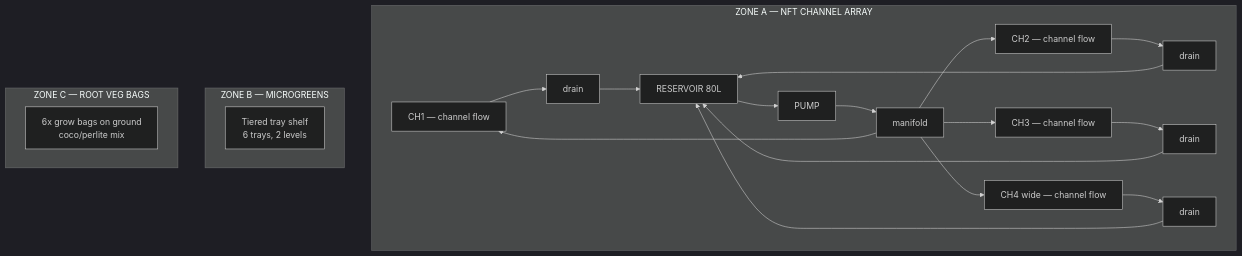
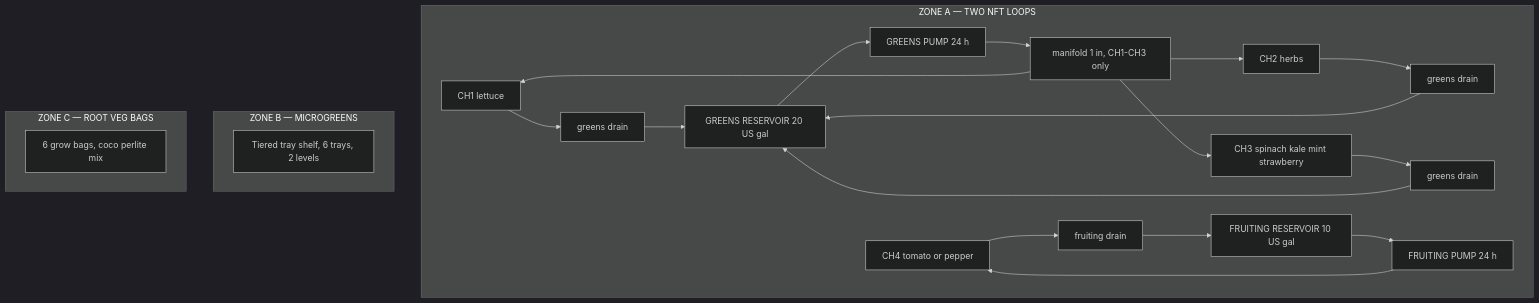
Before and after one commit to UncleJS/guide_hydroponics: the first of 2 diagrams in guide/nft/00-system-overview.md, drawn with Mermaid (dark theme). The commit also changed other lines of this file and 35 other files, not shown here.

````diff
--- a/guide/nft/00-system-overview.md
+++ b/guide/nft/00-system-overview.md
@@ -101,21 +122,28 @@
 ```mermaid
 flowchart TD
-    subgraph ZoneA["ZONE A — NFT CHANNEL ARRAY"]
-        CH1["CH1 — channel flow"] --> D1["drain"]
-        CH2["CH2 — channel flow"] --> D2["drain"]
-        CH3["CH3 — channel flow"] --> D3["drain"]
-        CH4["CH4 wide — channel flow"] --> D4["drain"]
-        D1 & D2 & D3 & D4 --> RES["RESERVOIR 80L"]
-        RES --> PUMP["PUMP"]
-        PUMP --> MAN["manifold"]
-        MAN --> CH1 & CH2 & CH3 & CH4
+    subgraph ZoneA["ZONE A — TWO NFT LOOPS"]
+        CH1["CH1 lettuce"] --> DG1["greens drain"]
+        CH2["CH2 herbs"] --> DG2["greens drain"]
+        CH3["CH3 spinach kale mint strawberry"] --> DG3["greens drain"]
+        DG1 --> RESG["GREENS RESERVOIR 20 US gal"]
+        DG2 --> RESG
+        DG3 --> RESG
+        RESG --> PUMPG["GREENS PUMP 24 h"]
+        PUMPG --> MANG["manifold 1 in, CH1-CH3 only"]
+        MANG --> CH1
+        MANG --> CH2
+        MANG --> CH3
+        CH4["CH4 tomato or pepper"] --> DF["fruiting drain"]
+        DF --> RESF["FRUITING RESERVOIR 10 US gal"]
+        RESF --> PUMPF["FRUITING PUMP 24 h"]
+        PUMPF --> CH4
     end
 
     subgraph ZoneB["ZONE B — MICROGREENS"]
-        B["Tiered tray shelf<br/>6 trays, 2 levels"]
+        B["Tiered tray shelf, 6 trays, 2 levels"]
     end
 
     subgraph ZoneC["ZONE C — ROOT VEG BAGS"]
-        C["6x grow bags on ground<br/>coco/perlite mix"]
+        C["6 grow bags, coco perlite mix"]
     end
 ```
````
